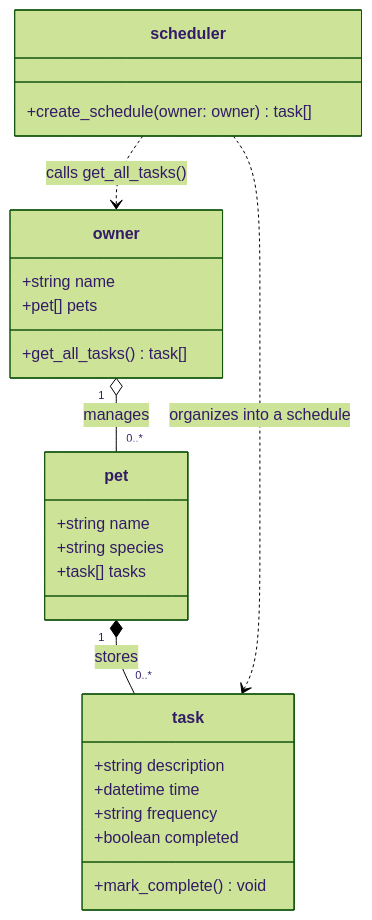
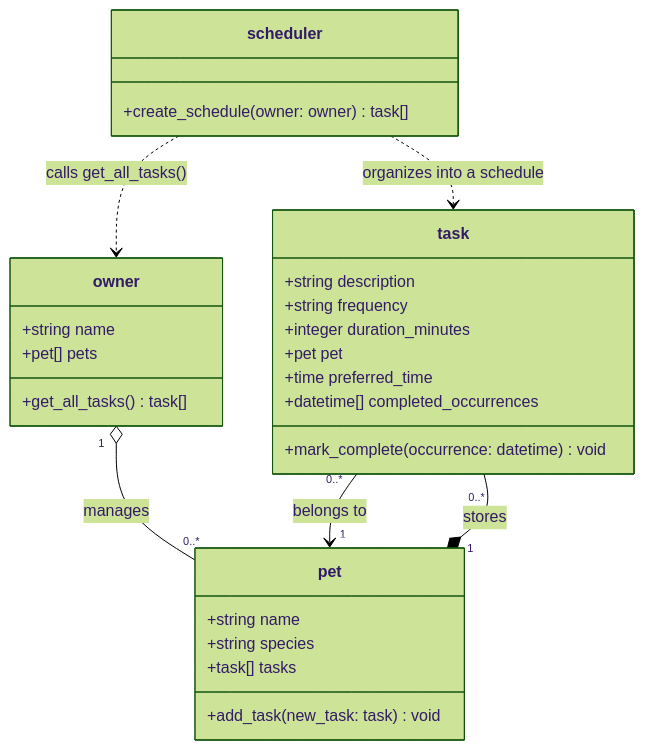
The diagram in diagrams/uml_draft.mmd (hdyo7/ai110-module2show-pawpal-starter), drawn with Mermaid (forest theme) before and after one commit. The commit also changed 1 other file, not shown here.

Commit message:
chore: add class skeletons from UML

```diff
--- a/diagrams/uml_draft.mmd
+++ b/diagrams/uml_draft.mmd
@@ -1,29 +1,33 @@
 classDiagram
     class task {
         +string description
-        +datetime time
         +string frequency
-        +boolean completed
-        +mark_complete() void
+        +integer duration_minutes
+        +pet pet
+        +time preferred_time
+        +datetime[] completed_occurrences
+        +mark_complete(occurrence: datetime) void
     }
 
     class pet {
         +string name
         +string species
         +task[] tasks
+        +add_task(new_task: task) void
     }
 
     class owner {
         +string name
         +pet[] pets
         +get_all_tasks() task[]
     }
 
     class scheduler {
         +create_schedule(owner: owner) task[]
     }
 
     owner "1" o-- "0..*" pet : manages
     pet "1" *-- "0..*" task : stores
+    task "0..*" --> "1" pet : belongs to
     scheduler ..> owner : calls get_all_tasks()
     scheduler ..> task : organizes into a schedule
```
